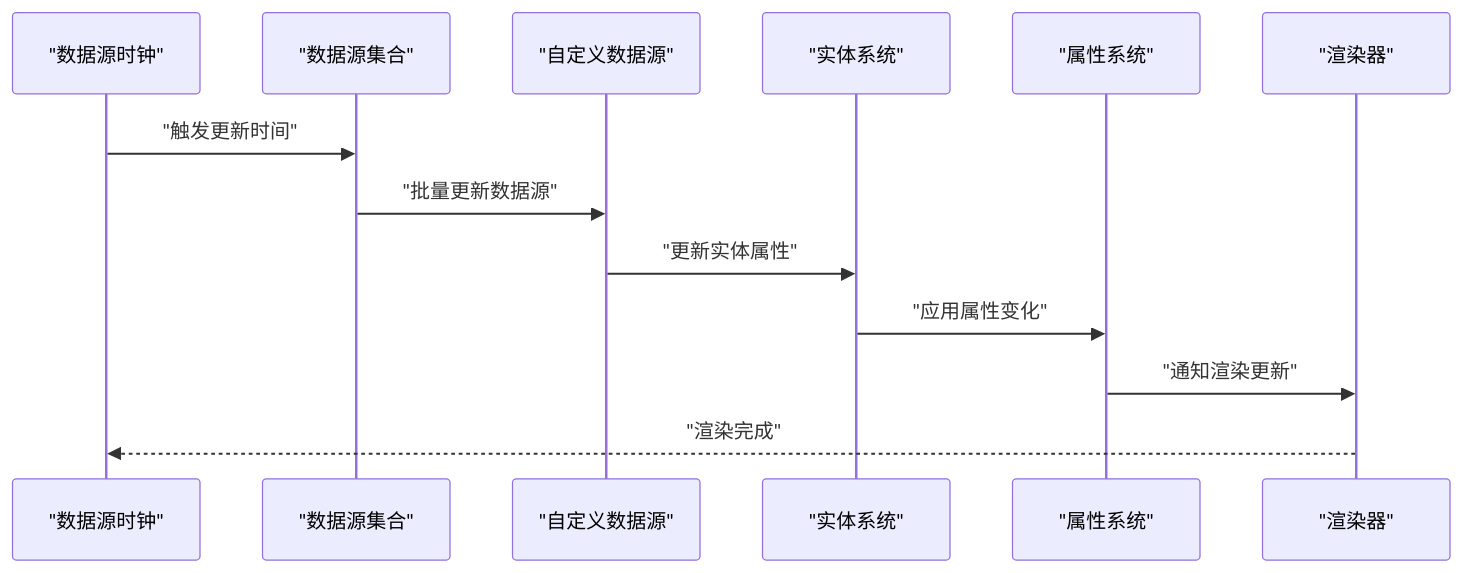
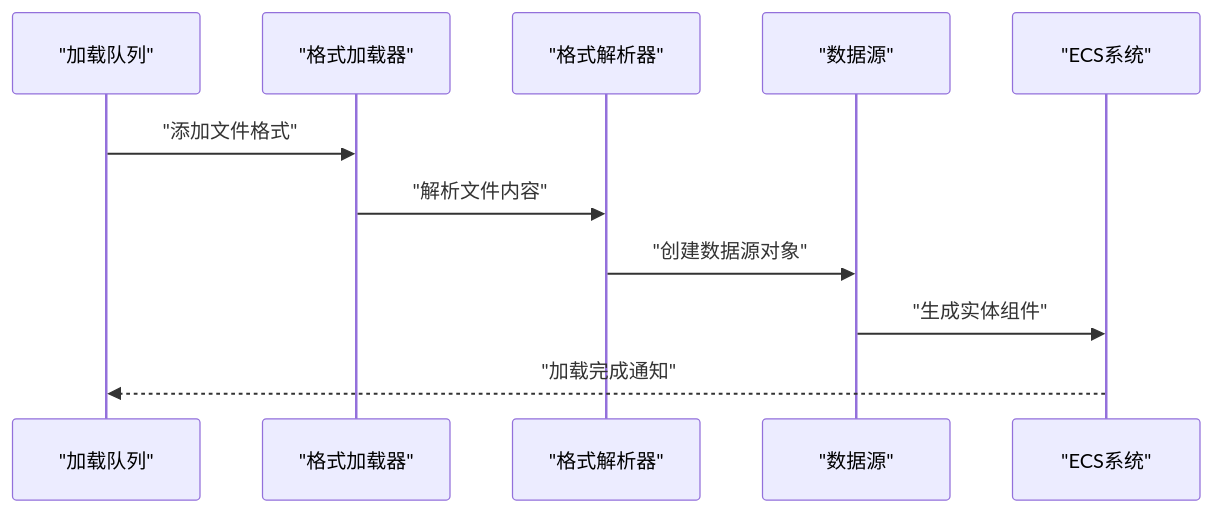
One commit to rzhangjing/cesium changed the fifth of 6 diagrams in .qoder/repowiki/zh/content/项目概述/核心特性/地理空间数据处理/数据源框架.md. Above: the diagram before and after it, drawn with Mermaid. The commit also changed other lines of this file and 57 other files, not shown here.

````diff
--- a/.qoder/repowiki/zh/content/项目概述/核心特性/地理空间数据处理/数据源框架.md
+++ b/.qoder/repowiki/zh/content/项目概述/核心特性/地理空间数据处理/数据源框架.md
@@ -536,15 +503,13 @@
 ```mermaid
 sequenceDiagram
-participant Clock as "数据源时钟"
-participant Collection as "数据源集合"
-participant CustomDS as "自定义数据源"
-participant Entity as "实体系统"
-participant Property as "属性系统"
-participant Renderer as "渲染器"
-Clock->>Collection : "触发更新时间"
-Collection->>CustomDS : "批量更新数据源"
-CustomDS->>Entity : "更新实体属性"
-Entity->>Property : "应用属性变化"
-Property->>Renderer : "通知渲染更新"
-Renderer-->>Clock : "渲染完成"
+participant Queue as "加载队列"
+participant Loader as "格式加载器"
+participant Parser as "格式解析器"
+participant DS as "数据源"
+participant ECS as "ECS系统"
+Queue->>Loader : "添加文件格式"
+Loader->>Parser : "解析文件内容"
+Parser->>DS : "创建数据源对象"
+DS->>ECS : "生成实体组件"
+ECS-->>Queue : "加载完成通知"
 ```
````
